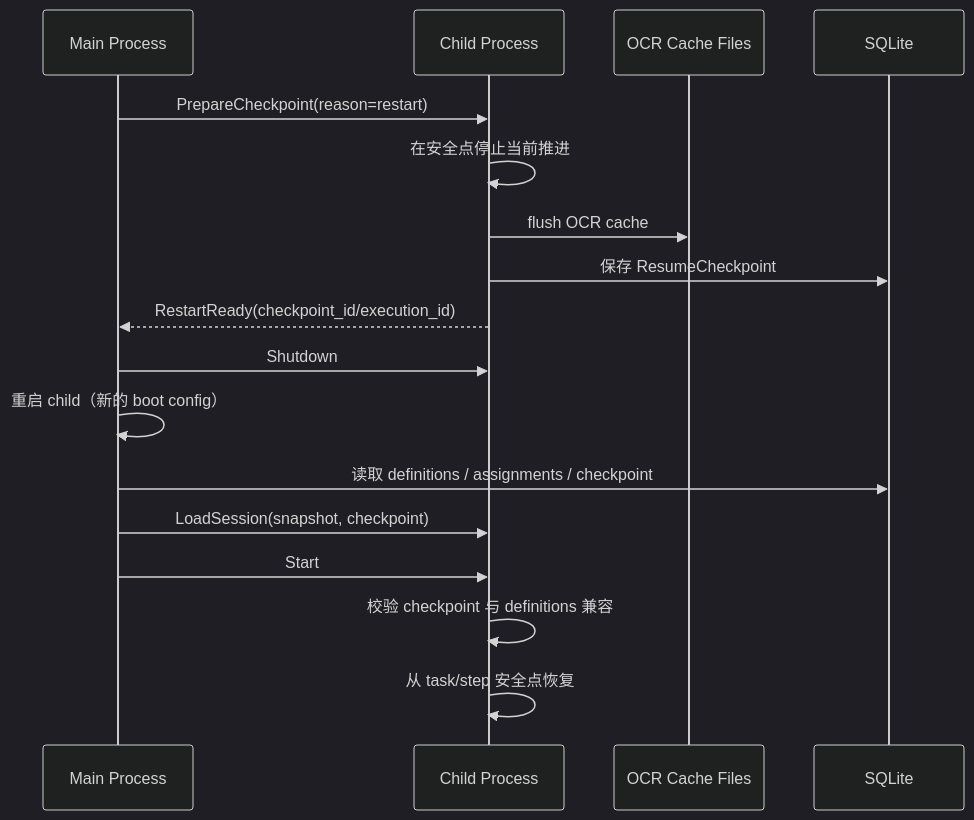
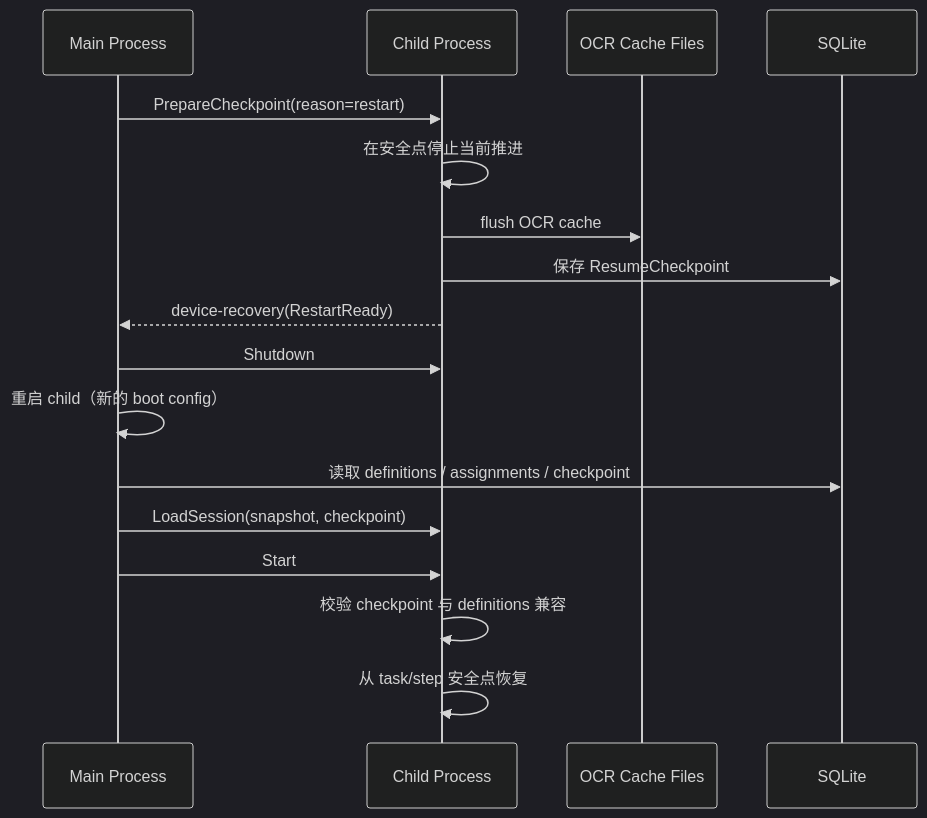
Before and after one commit to ParadiseZ/AutoDaily_Tauri_v2: the second of 2 diagrams in doc/脚本执行流接口清单与重构里程碑.md, drawn with Mermaid (dark theme). The commit also changed other lines of this file and 12 other files, not shown here.

````diff
--- a/doc/脚本执行流接口清单与重构里程碑.md
+++ b/doc/脚本执行流接口清单与重构里程碑.md
@@ -612,20 +612,20 @@
 ```mermaid
 sequenceDiagram
     participant MAIN as Main Process
     participant CHILD as Child Process
     participant CACHE as OCR Cache Files
     participant DB as SQLite
 
     MAIN->>CHILD: PrepareCheckpoint(reason=restart)
     CHILD->>CHILD: 在安全点停止当前推进
     CHILD->>CACHE: flush OCR cache
     CHILD->>DB: 保存 ResumeCheckpoint
-    CHILD-->>MAIN: RestartReady(checkpoint_id/execution_id)
+    CHILD-->>MAIN: device-recovery(RestartReady)
     MAIN->>CHILD: Shutdown
     MAIN->>MAIN: 重启 child（新的 boot config）
     MAIN->>DB: 读取 definitions / assignments / checkpoint
     MAIN->>CHILD: LoadSession(snapshot, checkpoint)
     MAIN->>CHILD: Start
     CHILD->>CHILD: 校验 checkpoint 与 definitions 兼容
     CHILD->>CHILD: 从 task/step 安全点恢复
 ```
````
